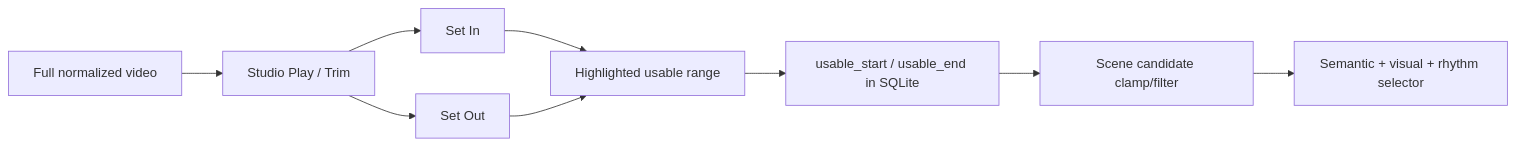
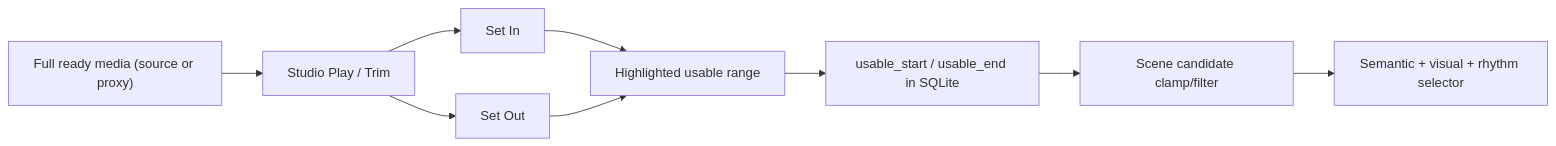
Before and after one commit to interrupt21h/tubeviz: the sixth of 22 diagrams in README.md, drawn with Mermaid. The commit also changed other lines of this file and 33 other files, not shown here.

````diff
--- a/README.md
+++ b/README.md
@@ -492,11 +492,11 @@
 ```mermaid
 flowchart LR
-    FULL["Full normalized video"] --> EDIT["Studio Play / Trim"]
+    FULL["Full ready media (source or proxy)"] --> EDIT["Studio Play / Trim"]
     EDIT --> IN["Set In"]
     EDIT --> OUT["Set Out"]
     IN --> KEEP["Highlighted usable range"]
     OUT --> KEEP
     KEEP --> DB["usable_start / usable_end in SQLite"]
     DB --> SCENES["Scene candidate clamp/filter"]
     SCENES --> SELECT["Semantic + visual + rhythm selector"]
 ```
````
